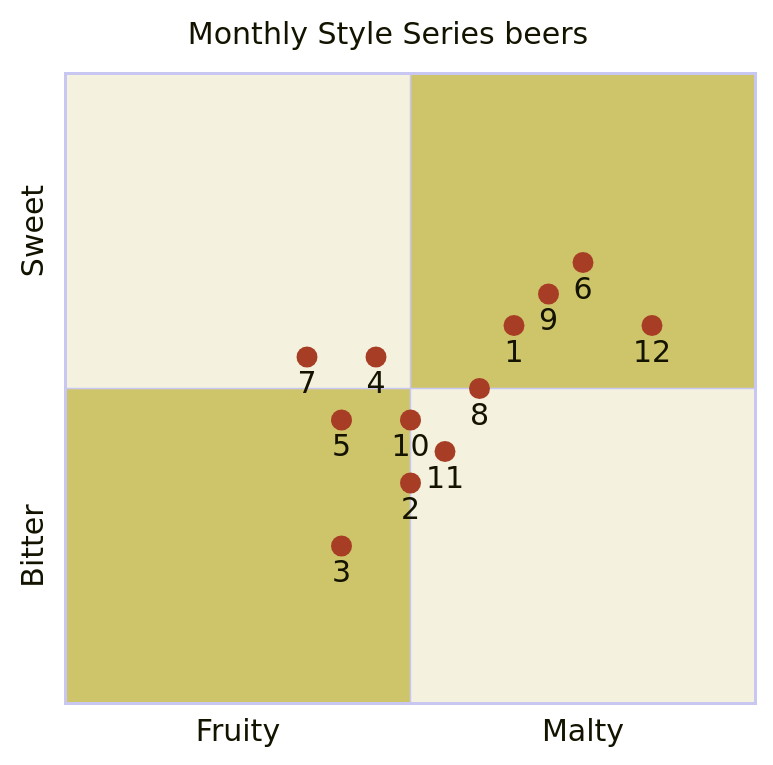
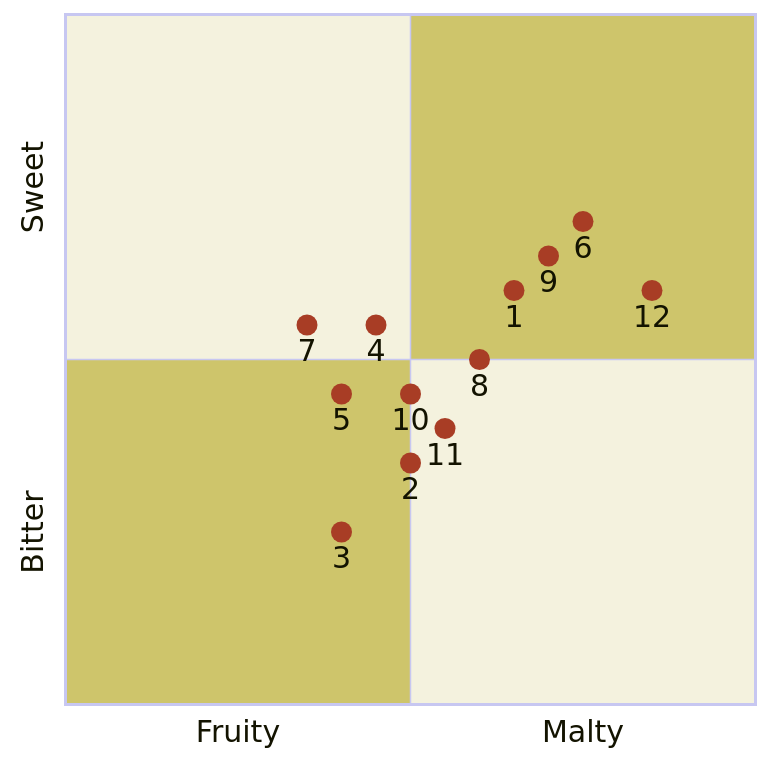
One commit to josh-wong/baird-beer-quadrants changed the first of 13 diagrams in docs/beers-monthly-style-series.mdx. Above: the diagram before and after it, drawn with Mermaid. The commit also changed other lines of this file and 3 other files, not shown here.

````diff
--- a/docs/beers-monthly-style-series.mdx
+++ b/docs/beers-monthly-style-series.mdx
@@ -14,19 +14,18 @@
 ```mermaid
 %%{init: {"quadrantChart": {"xAxisLabelFontSize": 20, "yAxisLabelFontSize": 20,"pointLabelFontSize": 20, "pointRadius": 7, "pointTextPadding": 9}, "themeVariables": {"quadrantPointFill": "#a83d25", "quadrant1Fill": "#cec56b", "quadrant2Fill": "#f4f2de", "quadrant3Fill": "#cec56b", "quadrant4Fill": "#f4f2de"} }}%%
 quadrantChart
-    title Monthly Style Series beers
     x-axis Fruity --> Malty
     y-axis Bitter --> Sweet
     1: [0.65, 0.60]
     2: [0.50, 0.35]
     3: [0.40, 0.25]
     4: [0.45, 0.55]
     5: [0.40, 0.45]
     6: [0.75, 0.70]
     7: [0.35, 0.55]
     8: [0.60, 0.50]
     9: [0.70, 0.65]
     10: [0.50, 0.45]
     11: [0.55, 0.40]
     12: [0.85, 0.60]
 ```
````
